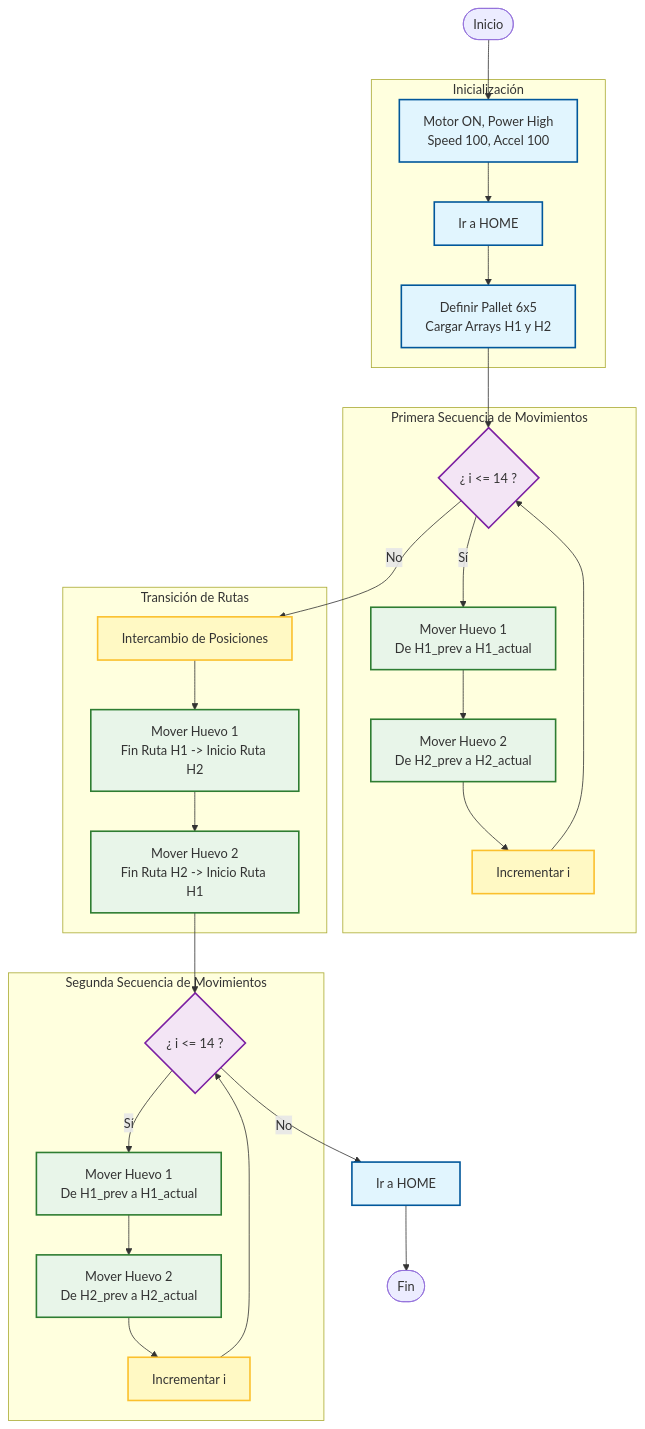
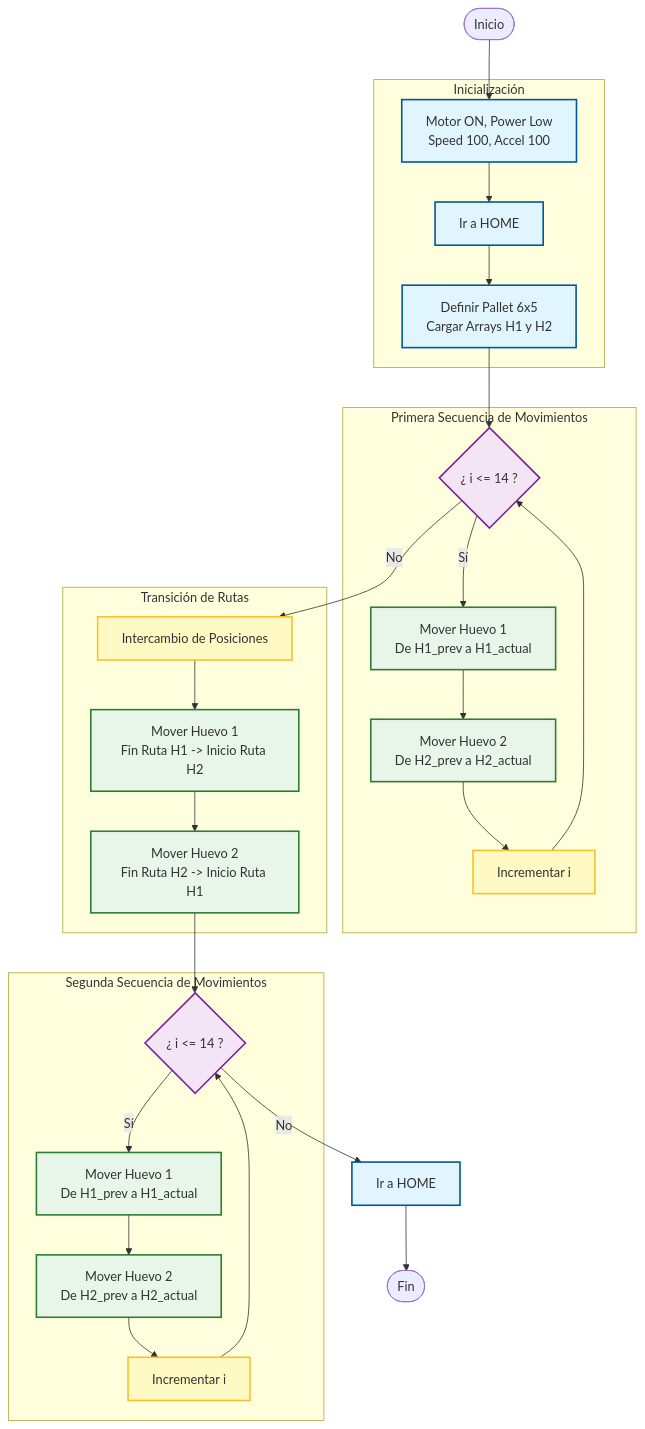
The diagram in Lab03/InformeLab03.md (Juan-delgado1/Laboratorio-Rob-tica-2E), drawn with Mermaid before and after one commit. The commit also changed other lines of this file, not shown here.

Commit message:
Change motor power setting from High to Low

````diff
--- a/Lab03/InformeLab03.md
+++ b/Lab03/InformeLab03.md
@@ -166,59 +166,59 @@
 ```mermaid
 	flowchart TD
     %% Estilos
     classDef init fill:#e1f5fe,stroke:#01579b,stroke-width:2px;
     classDef proc fill:#fff9c4,stroke:#fbc02d,stroke-width:2px;
     classDef move fill:#e8f5e9,stroke:#2e7d32,stroke-width:2px;
     classDef logic fill:#f3e5f5,stroke:#7b1fa2,stroke-width:2px;
 
     Start([Inicio]) --> Init
     
     subgraph Configuracion [Inicialización]
-        Init[Motor ON, Power High<br>Speed 100, Accel 100]:::init
+        Init[Motor ON, Power Low<br>Speed 100, Accel 100]:::init
         Home1[Ir a HOME]:::init
         DefPallet[Definir Pallet 6x5<br>Cargar Arrays H1 y H2]:::init
     end
 
     Init --> Home1
     Home1 --> DefPallet
     DefPallet --> Loop1_Start
 
     subgraph Bucle1 [Primera Secuencia de Movimientos]
         Loop1_Start{¿ i <= 14 ?}:::logic
         MoveH1_A[Mover Huevo 1<br>De H1_prev a H1_actual]:::move
         MoveH2_A[Mover Huevo 2<br>De H2_prev a H2_actual]:::move
         Inc1[Incrementar i]:::proc
     end
 
     Loop1_Start -- Sí --> MoveH1_A
     MoveH1_A --> MoveH2_A
     MoveH2_A --> Inc1
     Inc1 --> Loop1_Start
 
     Loop1_Start -- No --> Transition
 
     subgraph Intercambio [Transición de Rutas]
         Transition[Intercambio de Posiciones]:::proc
         Swap1[Mover Huevo 1<br>Fin Ruta H1 -> Inicio Ruta H2]:::move
         Swap2[Mover Huevo 2<br>Fin Ruta H2 -> Inicio Ruta H1]:::move
     end
 
     Transition --> Swap1
     Swap1 --> Swap2
     Swap2 --> Loop2_Start
 
     subgraph Bucle2 [Segunda Secuencia de Movimientos]
         Loop2_Start{¿ i <= 14 ?}:::logic
         MoveH1_B[Mover Huevo 1<br>De H1_prev a H1_actual]:::move
         MoveH2_B[Mover Huevo 2<br>De H2_prev a H2_actual]:::move
         Inc2[Incrementar i]:::proc
     end
 
     Loop2_Start -- Sí --> MoveH1_B
     MoveH1_B --> MoveH2_B
     MoveH2_B --> Inc2
     Inc2 --> Loop2_Start
 
     Loop2_Start -- No --> HomeEnd
     HomeEnd[Ir a HOME]:::init --> End([Fin])
 ```
````
